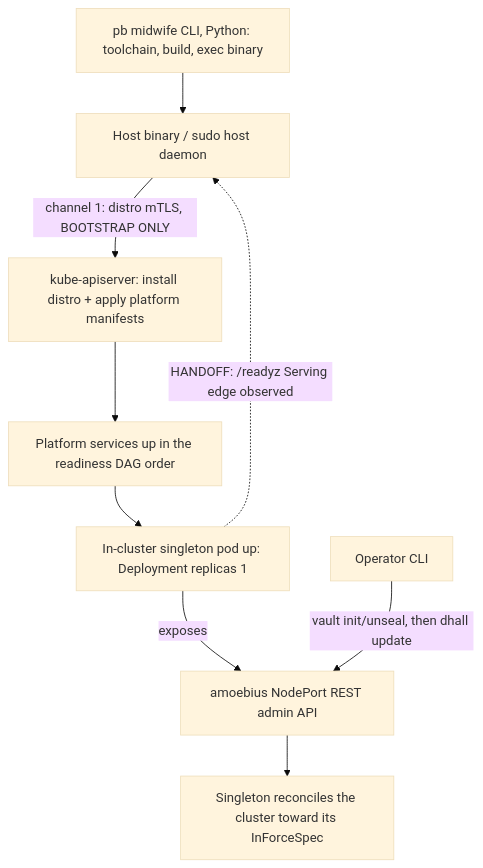
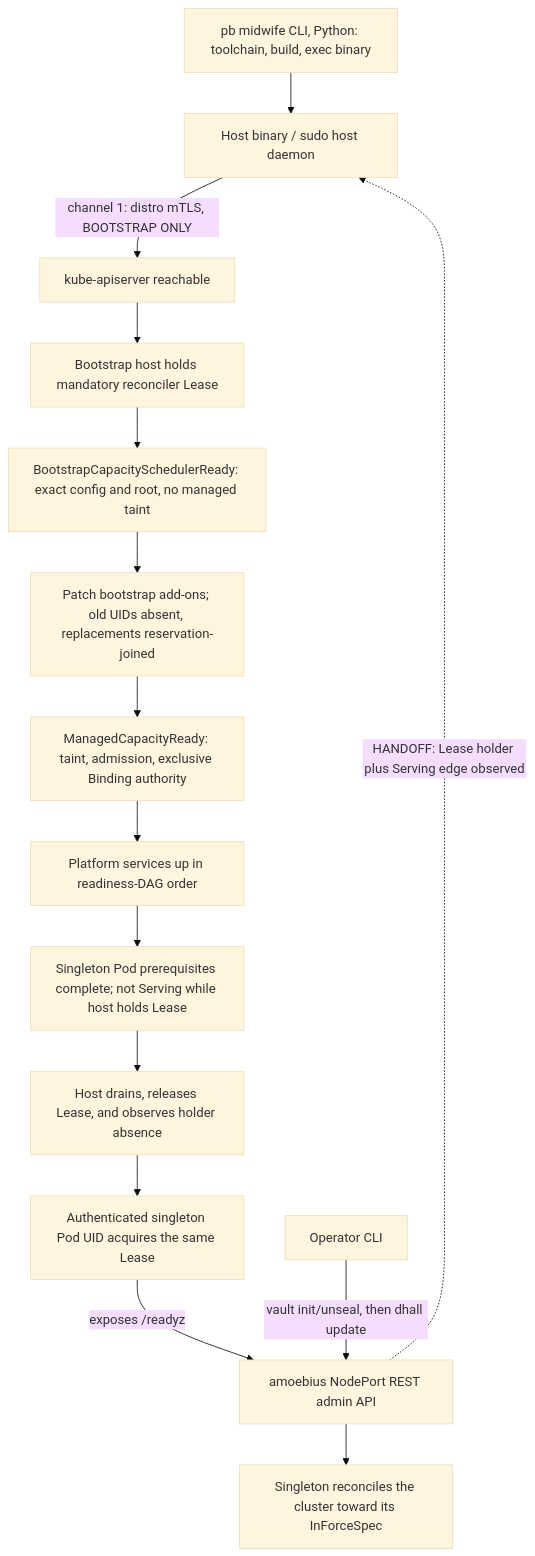
Before and after one commit to Tuee22/amoebius: the diagram in documents/engineering/bootstrap_sequence_doctrine.md, drawn with Mermaid (base theme). The commit also changed other lines of this file and 87 other files, not shown here.

````diff
--- a/documents/engineering/bootstrap_sequence_doctrine.md
+++ b/documents/engineering/bootstrap_sequence_doctrine.md
@@ -56,11 +58,17 @@
 ```mermaid
 flowchart TD
   pb[pb midwife CLI, Python: toolchain, build, exec binary] --> hb[Host binary / sudo host daemon]
-  hb -->|channel 1: distro mTLS, BOOTSTRAP ONLY| api[kube-apiserver: install distro + apply platform manifests]
-  api --> svc[Platform services up in the readiness DAG order]
-  svc --> singleton[In-cluster singleton pod up: Deployment replicas 1]
-  singleton -->|exposes| rest[amoebius NodePort REST admin API]
-  singleton -.->|HANDOFF: /readyz Serving edge observed| hb
+  hb -->|channel 1: distro mTLS, BOOTSTRAP ONLY| api[kube-apiserver reachable]
+  api --> lease[Bootstrap host holds mandatory reconciler Lease]
+  lease --> sched[BootstrapCapacitySchedulerReady: exact config and root, no managed taint]
+  sched --> addons[Patch bootstrap add-ons; old UIDs absent, replacements reservation-joined]
+  addons --> managed[ManagedCapacityReady: taint, admission, exclusive Binding authority]
+  managed --> svc[Platform services up in readiness-DAG order]
+  svc --> singleton[Singleton Pod prerequisites complete; not Serving while host holds Lease]
+  singleton --> release[Host drains, releases Lease, and observes holder absence]
+  release --> acquire[Authenticated singleton Pod UID acquires the same Lease]
+  acquire -->|exposes /readyz| rest[amoebius NodePort REST admin API]
+  rest -.->|HANDOFF: Lease holder plus Serving edge observed| hb
   cli[Operator CLI] -->|vault init/unseal, then dhall update| rest
   rest --> reconcile[Singleton reconciles the cluster toward its InForceSpec]
 ```
````
